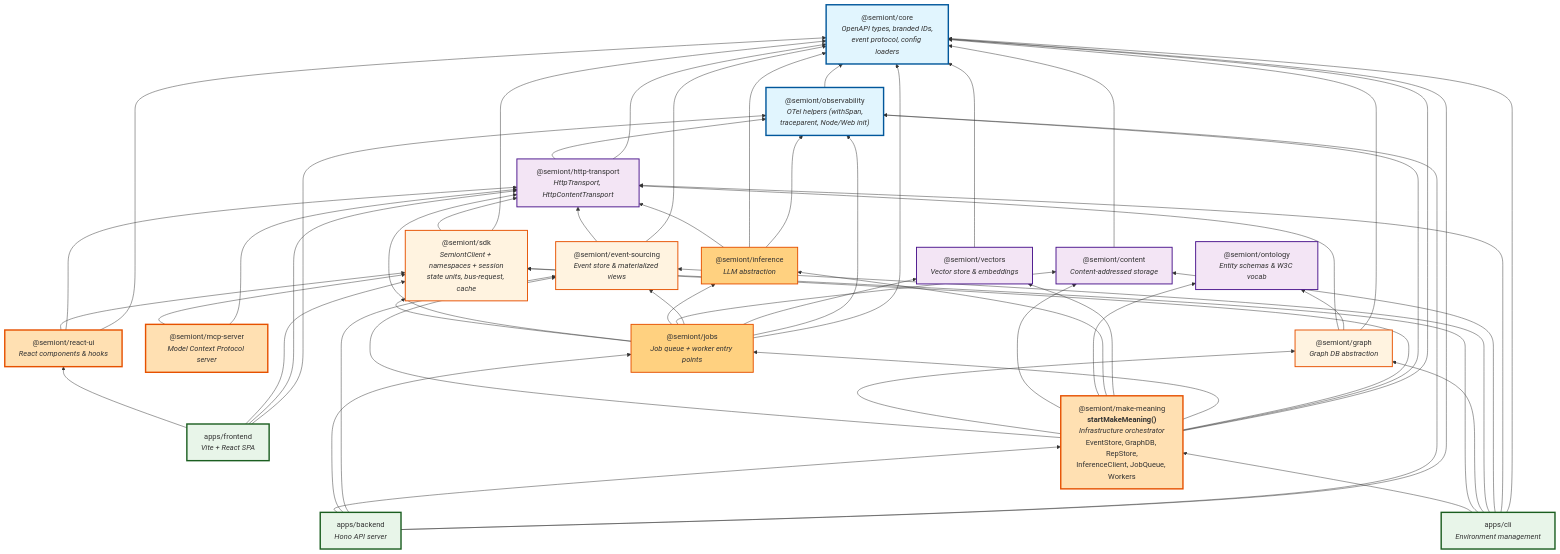
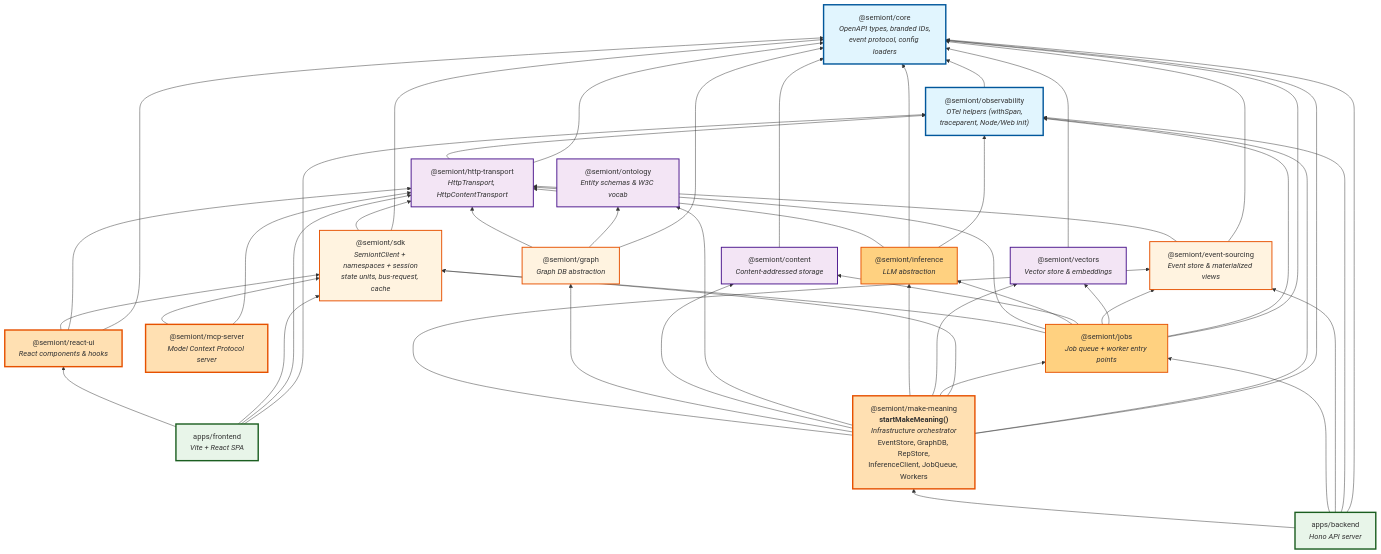
The diagram in docs/system/PACKAGE-ARCHITECTURE.md (The-AI-Alliance/semiont), drawn with Mermaid before and after one commit. The commit also changed other lines of this file and 143 other files, not shown here.

First line of the commit message:
Retire @semiont/cli and SEMIONT_ENV; JWT key-ring rotation; gate SDK docs against rot (#1115)

````diff
--- a/docs/system/PACKAGE-ARCHITECTURE.md
+++ b/docs/system/PACKAGE-ARCHITECTURE.md
@@ -11,7 +11,6 @@
     %% Layer 5: Application Consumers
     backend["apps/backend<br/><i>Hono API server</i>"]
     frontend["apps/frontend<br/><i>Vite + React SPA</i>"]
-    cli["apps/cli<br/><i>Environment management</i>"]
 
     %% Layer 4: Application Logic
     meaning["@semiont/make-meaning<br/><b>startMakeMeaning()</b><br/><i>Infrastructure orchestrator</i><br/>EventStore, GraphDB, RepStore,<br/>InferenceClient, JobQueue, Workers"]
@@ -47,13 +46,6 @@
     frontend --> sdk
     frontend --> api
     frontend --> obs
-    cli --> meaning
-    cli --> sdk
-    cli --> graph_pkg
-    cli --> event
-    cli --> content
-    cli --> api
-    cli --> core
 
     %% Application logic dependencies
     meaning --> event
@@ -117,5 +109,5 @@
     class sdk,event,graph_pkg layer2
     class inference,jobs layer3
     class meaning,react,mcp layer4
-    class backend,frontend,cli layer5
+    class backend,frontend layer5
 ```
````
